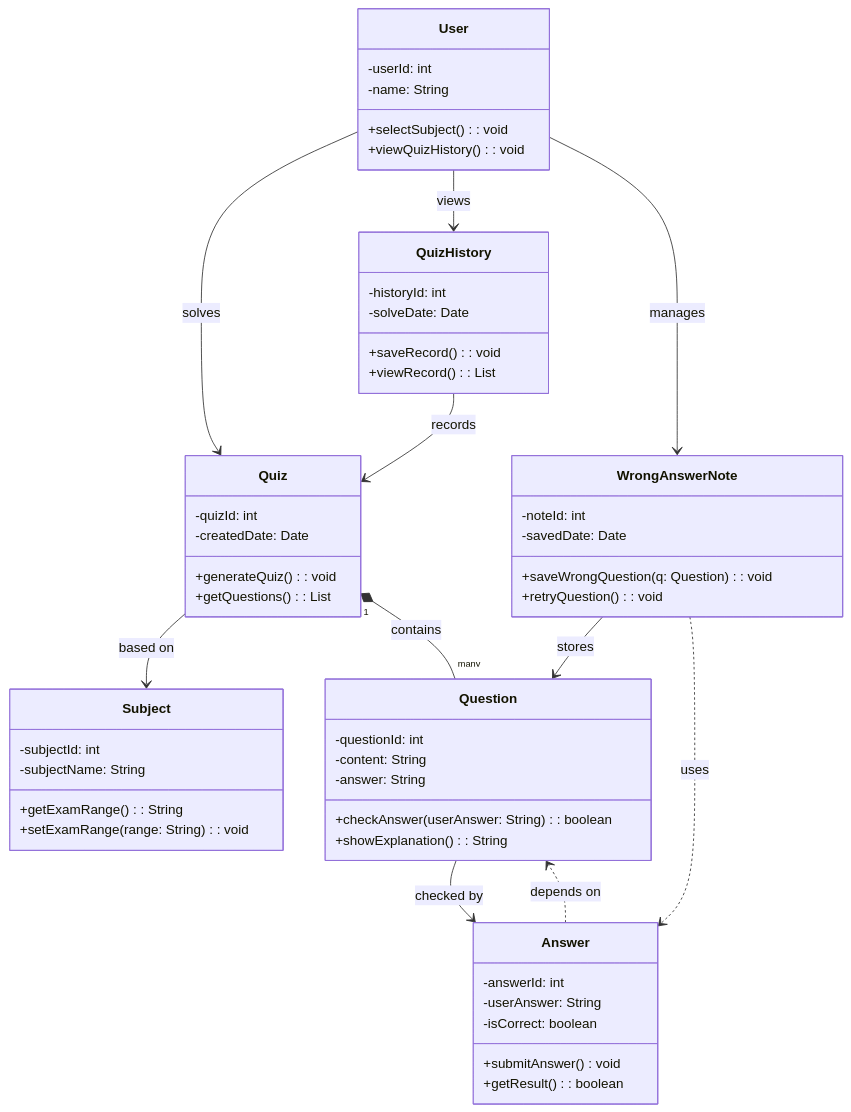
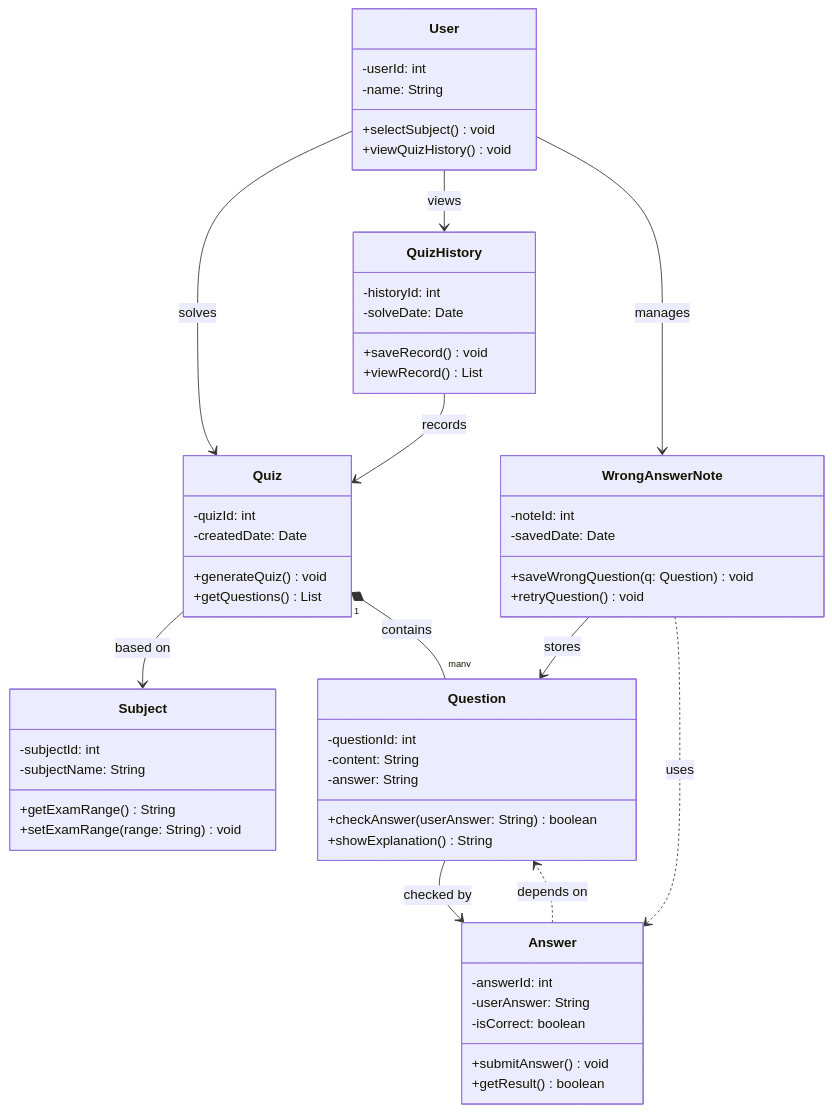
The second of 2 diagrams in docs/M2/UML 다이어그램.md (meaterick/sw-words), drawn with Mermaid before and after one commit.

Commit message:
Update UML 다이어그램.md

````diff
--- a/docs/M2/UML 다이어그램.md
+++ b/docs/M2/UML 다이어그램.md
@@ -62,71 +62,71 @@
 ```mermaid
 classDiagram
 
 class User {
     -userId: int
     -name: String
-    +selectSubject(): void
-    +viewQuizHistory(): void
+    +selectSubject() void
+    +viewQuizHistory() void
 }
 
 class Subject {
     -subjectId: int
     -subjectName: String
-    +getExamRange(): String
-    +setExamRange(range: String): void
+    +getExamRange() String
+    +setExamRange(range: String) void
 }
 
 class Quiz {
     -quizId: int
     -createdDate: Date
-    +generateQuiz(): void
-    +getQuestions(): List<Question>
+    +generateQuiz() void
+    +getQuestions() List<Question>
 }
 
 class Question {
     -questionId: int
     -content: String
     -answer: String
-    +checkAnswer(userAnswer: String): boolean
-    +showExplanation(): String
+    +checkAnswer(userAnswer: String) boolean
+    +showExplanation() String
 }
 
 class Answer {
     -answerId: int
     -userAnswer: String
     -isCorrect: boolean
     +submitAnswer() void
-    +getResult(): boolean
+    +getResult() boolean
 }
 
 class WrongAnswerNote {
     -noteId: int
     -savedDate: Date
-    +saveWrongQuestion(q: Question): void
-    +retryQuestion(): void
+    +saveWrongQuestion(q: Question) void
+    +retryQuestion() void
 }
 
 class QuizHistory {
     -historyId: int
     -solveDate: Date
-    +saveRecord(): void
-    +viewRecord(): List<Quiz>
+    +saveRecord() void
+    +viewRecord() List<Quiz>
 }
 
 %% 관계 정의
 User --> Quiz : solves
 User --> QuizHistory : views
 User --> WrongAnswerNote : manages
 
 Quiz --> Subject : based on
 Quiz "1" *-- "many" Question : contains
 
 Question --> Answer : checked by
 
 WrongAnswerNote --> Question : stores
 
 QuizHistory --> Quiz : records
 
 Answer ..> Question : depends on
 WrongAnswerNote ..> Answer : uses
 ```
````
